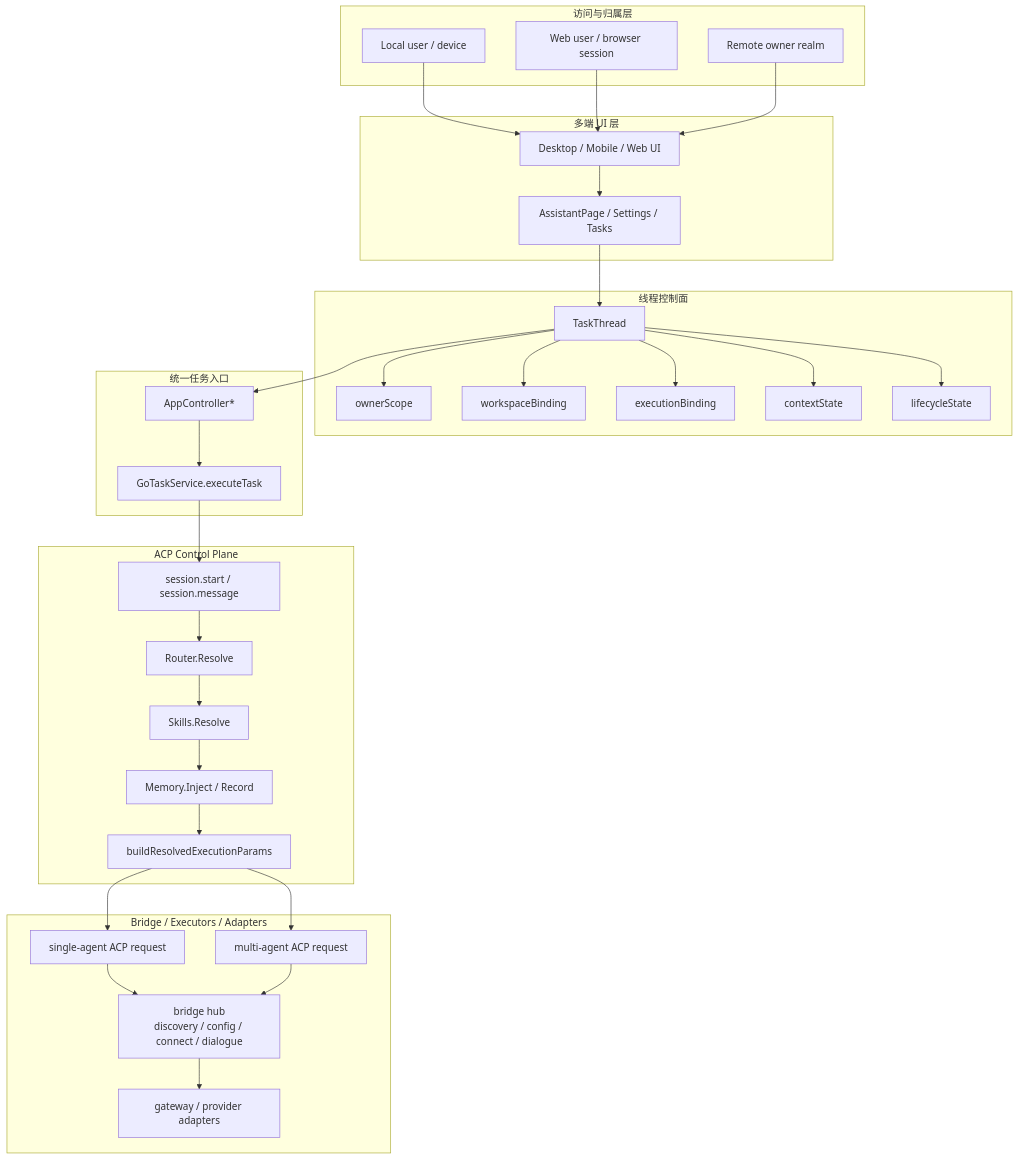
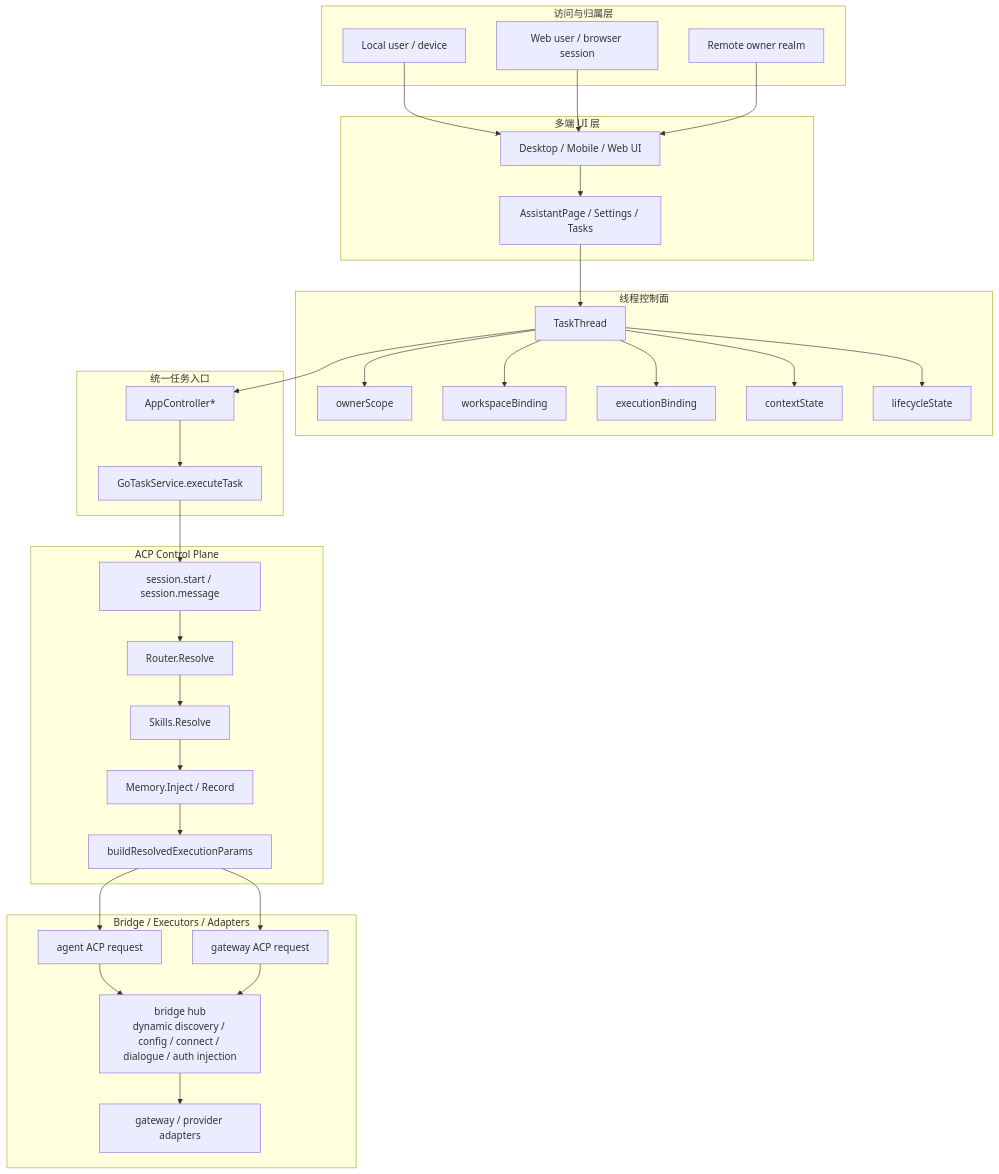
The diagram in docs/architecture/xworkmate-layered-architecture.md (ai-workspace-lab/xworkmate-app), drawn with Mermaid before and after one commit. The commit also changed 50 other files, not shown here.

Commit message:
Refactor app execution semantics to agent and gateway

````diff
--- a/docs/architecture/xworkmate-layered-architecture.md
+++ b/docs/architecture/xworkmate-layered-architecture.md
@@ -20,65 +20,65 @@
 ```mermaid
 flowchart TB
     subgraph L1["访问与归属层"]
         A1["Local user / device"]
         A2["Web user / browser session"]
         A3["Remote owner realm"]
     end
 
     subgraph L2["多端 UI 层"]
         B1["Desktop / Mobile / Web UI"]
         B2["AssistantPage / Settings / Tasks"]
     end
 
     subgraph L3["线程控制面"]
         C1["TaskThread"]
         C2["ownerScope"]
         C3["workspaceBinding"]
         C4["executionBinding"]
         C5["contextState"]
         C6["lifecycleState"]
     end
 
     subgraph L4["统一任务入口"]
         D1["AppController*"]
         D2["GoTaskService.executeTask"]
     end
 
     subgraph L5["ACP Control Plane"]
         E1["session.start / session.message"]
         E2["Router.Resolve"]
         E3["Skills.Resolve"]
         E4["Memory.Inject / Record"]
         E5["buildResolvedExecutionParams"]
     end
 
     subgraph L6["Bridge / Executors / Adapters"]
-        F1["single-agent ACP request"]
-        F2["multi-agent ACP request"]
-        F3["bridge hub<br/>discovery / config / connect / dialogue"]
+        F1["agent ACP request"]
+        F2["gateway ACP request"]
+        F3["bridge hub<br/>dynamic discovery / config / connect / dialogue / auth injection"]
         F4["gateway / provider adapters"]
     end
 
     A1 --> B1
     A2 --> B1
     A3 --> B1
     B1 --> B2
     B2 --> C1
     C1 --> C2
     C1 --> C3
     C1 --> C4
     C1 --> C5
     C1 --> C6
     C1 --> D1
     D1 --> D2
     D2 --> E1
     E1 --> E2
     E2 --> E3
     E3 --> E4
     E4 --> E5
     E5 --> F1
     E5 --> F2
     F1 --> F3
     F2 --> F3
     F3 --> F4
 ```
````
